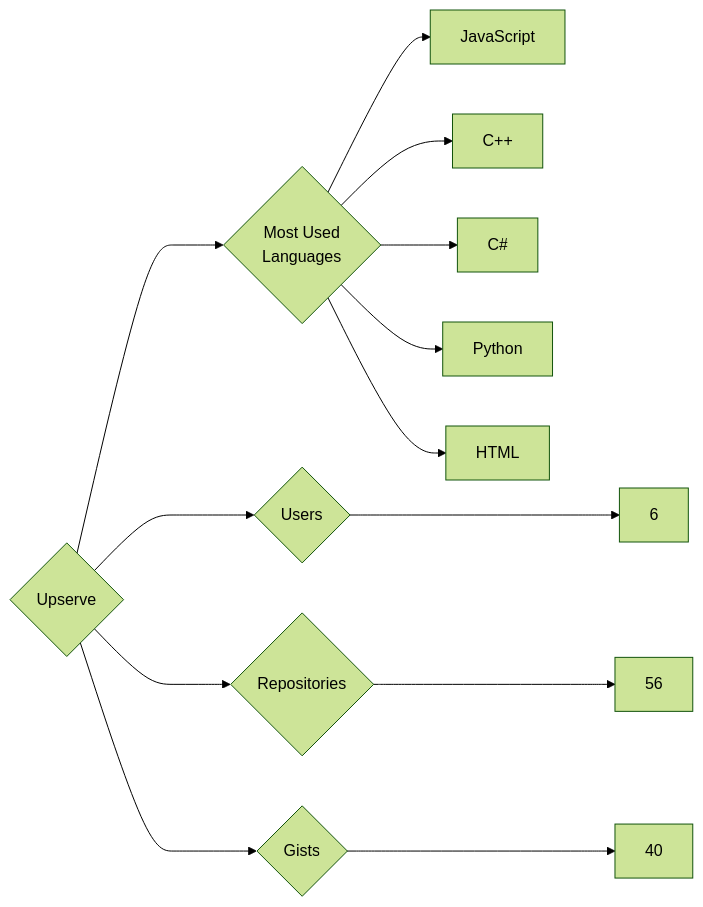
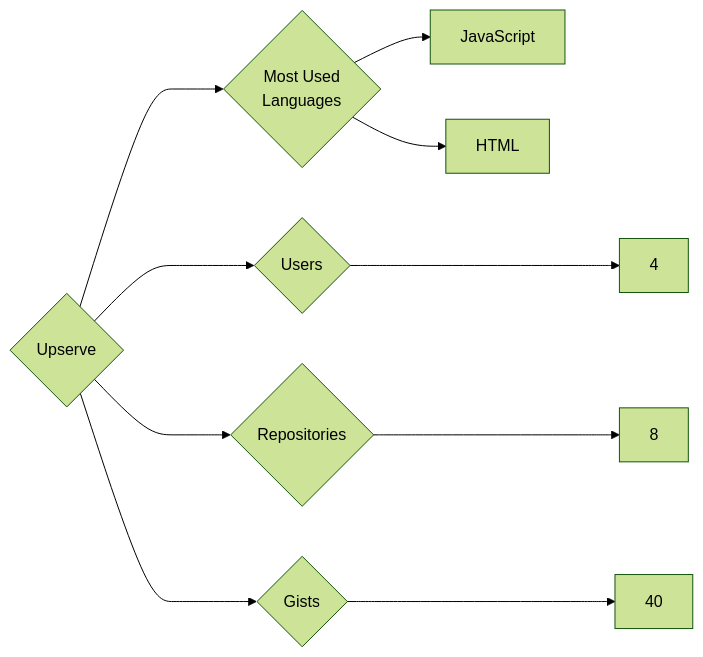
The diagram in targets/Upserve/README.md (trickest/insiders), drawn with Mermaid (forest theme) before and after one commit. The commit also changed 939 other files, not shown here.

````diff
--- a/targets/Upserve/README.md
+++ b/targets/Upserve/README.md
@@ -3,13 +3,10 @@
 ```mermaid
 graph LR
 COMPANY_NAME{Upserve}
-COMPANY_NAME ---> U{Users} ---> UN[6]
-COMPANY_NAME ---> R{Repositories} ---> RN[56]
+COMPANY_NAME ---> U{Users} ---> UN[4]
+COMPANY_NAME ---> R{Repositories} ---> RN[8]
 COMPANY_NAME ---> G{Gists} ---> GN[40]
 COMPANY_NAME ---> ML{Most Used<br>Languages}
 ML --> JavaScript[JavaScript]
-ML --> C++[C++]
-ML --> C#[C#]
-ML --> Python[Python]
 ML --> HTML[HTML]
 ```
````
